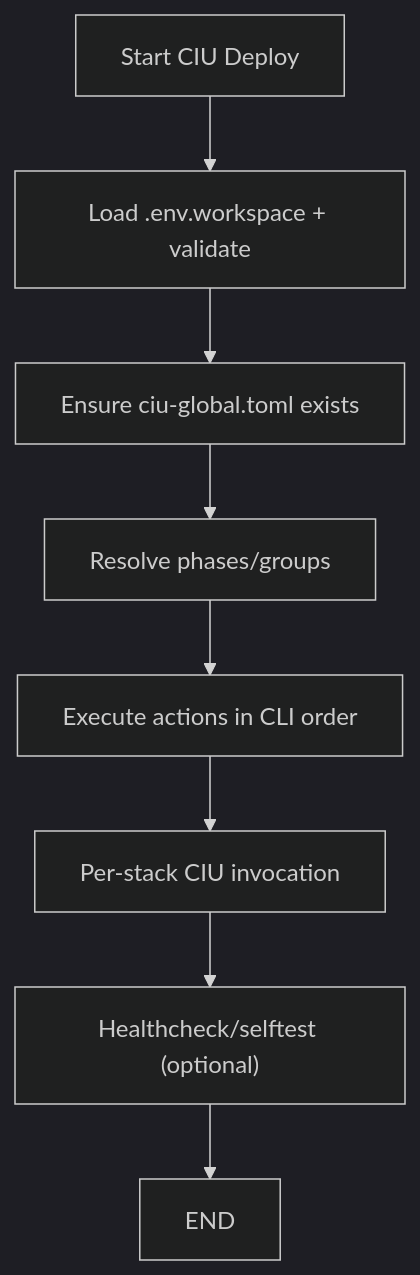
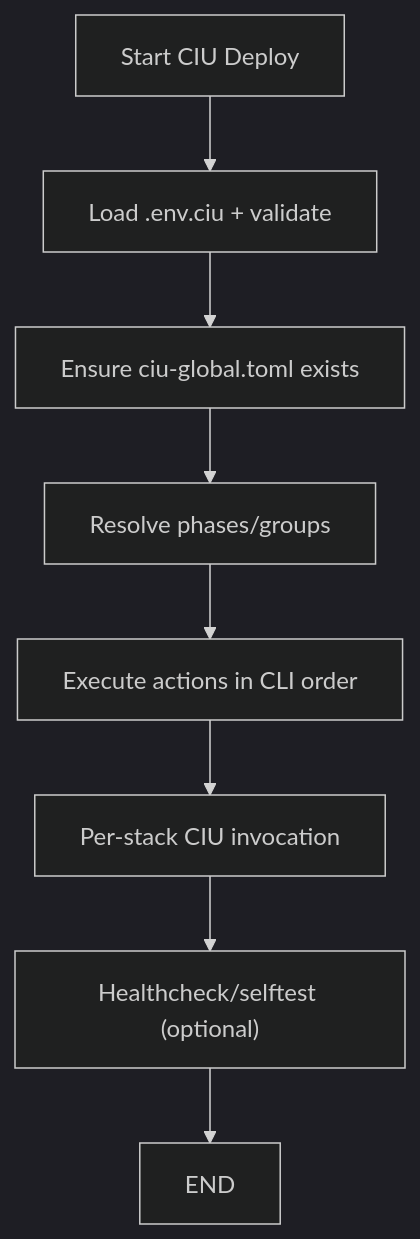
The diagram in ciu/docs/CIU-DEPLOY.md (volkb79/vbpub), drawn with Mermaid (dark theme) before and after one commit. The commit also changed other lines of this file and 56 other files, not shown here.

````diff
--- a/ciu/docs/CIU-DEPLOY.md
+++ b/ciu/docs/CIU-DEPLOY.md
@@ -63,10 +85,10 @@
 ```mermaid
 flowchart TD
-    A["Start CIU Deploy"] --> B["Load .env.workspace + validate" ]
+    A["Start CIU Deploy"] --> B["Load .env.ciu + validate" ]
     B --> C["Ensure ciu-global.toml exists" ]
     C --> D["Resolve phases/groups" ]
     D --> E["Execute actions in CLI order" ]
     E --> F["Per-stack CIU invocation" ]
     F --> G["Healthcheck/selftest (optional)" ]
     G --> H["END" ]
 ```
````
